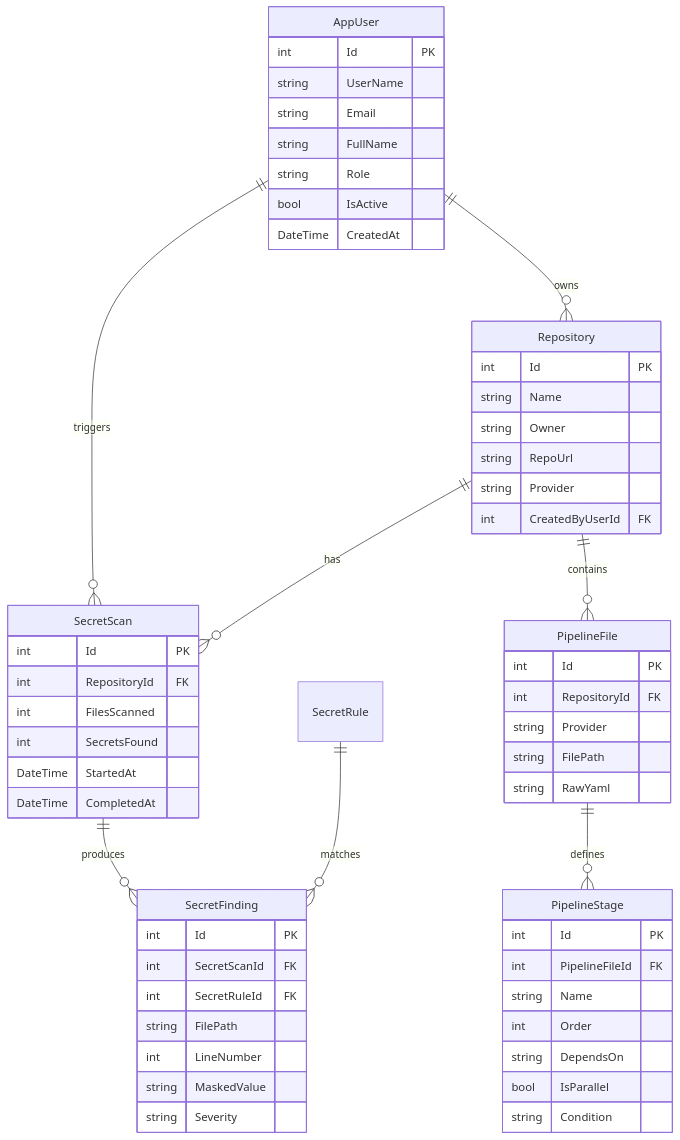
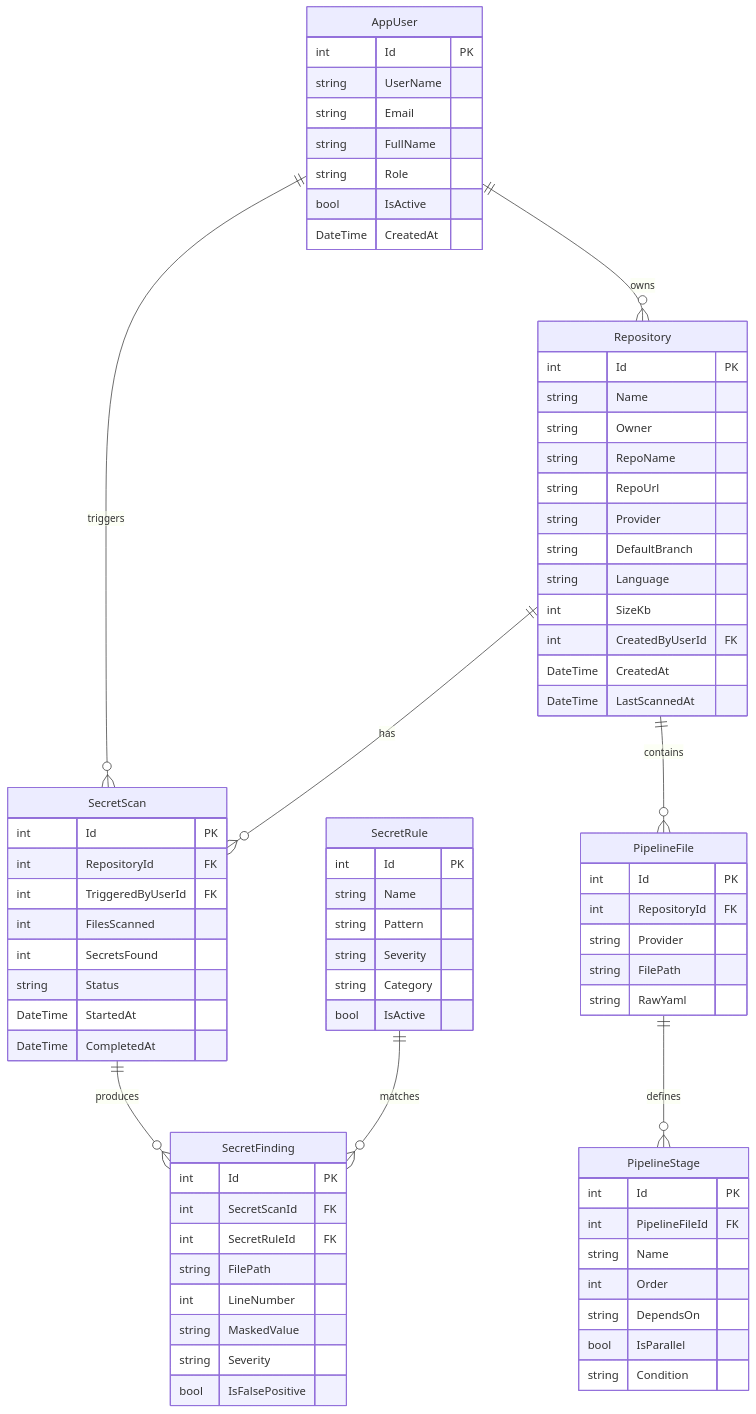
The second of 2 diagrams in README.md (jay240322/Deploy-Guard), drawn with Mermaid before and after one commit. The commit also changed other lines of this file and 2 other files, not shown here.

```diff
--- a/README.md
+++ b/README.md
@@ -293,16 +251,24 @@
         int Id PK
         string Name
         string Owner
+        string RepoName
         string RepoUrl
         string Provider
+        string DefaultBranch
+        string Language
+        int SizeKb
         int CreatedByUserId FK
+        DateTime CreatedAt
+        DateTime LastScannedAt
     }
 
     SecretScan {
         int Id PK
         int RepositoryId FK
+        int TriggeredByUserId FK
         int FilesScanned
         int SecretsFound
+        string Status
         DateTime StartedAt
         DateTime CompletedAt
     }
@@ -315,6 +281,16 @@
         int LineNumber
         string MaskedValue
         string Severity
+        bool IsFalsePositive
+    }
+
+    SecretRule {
+        int Id PK
+        string Name
+        string Pattern
+        string Severity
+        string Category
+        bool IsActive
     }
 
     PipelineFile {
```
